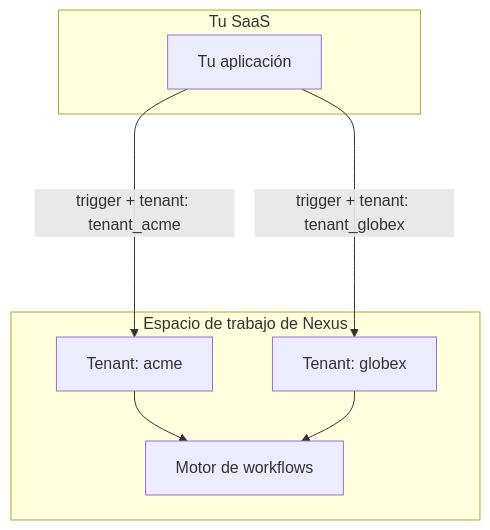
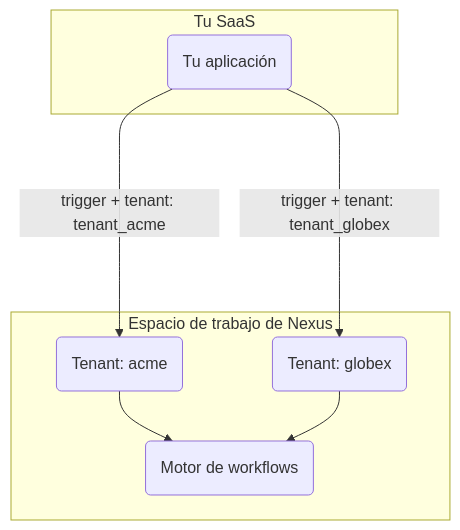
The diagram in content/docs/es/platform/guides/b2b-multi-tenant.mdx (KriyanshKhunt/nexus_docs), drawn with Mermaid before and after one commit. The commit also changed 20 other files, not shown here.

Commit message:
Handle es Mermaid charts

````diff
--- a/content/docs/es/platform/guides/b2b-multi-tenant.mdx
+++ b/content/docs/es/platform/guides/b2b-multi-tenant.mdx
@@ -12,15 +12,15 @@
 ```mermaid
 flowchart TB
   subgraph Your SaaS [Tu SaaS]
-    App[Tu aplicación]
+    App(Tu aplicación)
   end
   subgraph Nexus Workspace [Espacio de trabajo de Nexus]
-    T1[Tenant: acme]
-    T2[Tenant: globex]
-    W[Motor de workflows]
+    T1(Tenant: acme)
+    T2(Tenant: globex)
+    W(Motor de workflows)
   end
   App ---->|trigger + tenant: tenant_acme| T1
   App ---->|trigger + tenant: tenant_globex| T2
   T1 --> W
   T2 --> W
 ```
````
